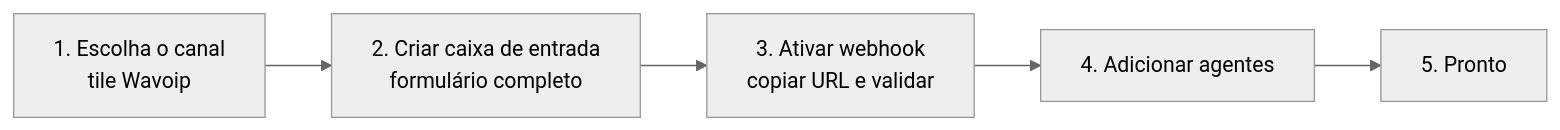
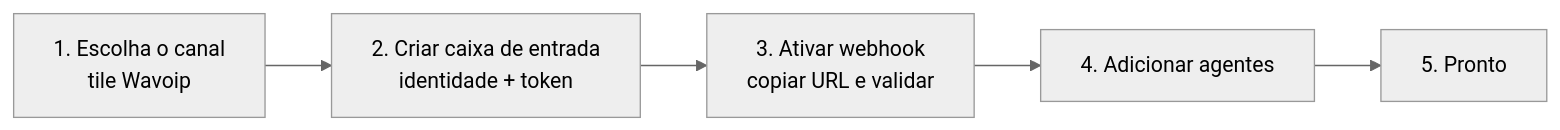
Before and after one commit to cesar-carlos/chatwoot: the diagram in doc/feature/whatsapp-voice/wavoip-provider/inbox-setup.md, drawn with Mermaid (neutral theme). The commit also changed other lines of this file and 6 other files, not shown here.

````diff
--- a/doc/feature/whatsapp-voice/wavoip-provider/inbox-setup.md
+++ b/doc/feature/whatsapp-voice/wavoip-provider/inbox-setup.md
@@ -15,10 +15,10 @@
 ```mermaid
 flowchart LR
   S1["1. Escolha o canal<br/>tile Wavoip"]
-  S2["2. Criar caixa de entrada<br/>formulário completo"]
+  S2["2. Criar caixa de entrada<br/>identidade + token"]
   S3["3. Ativar webhook<br/>copiar URL e validar"]
   S4["4. Adicionar agentes"]
   S5["5. Pronto"]
 
   S1 --> S2 --> S3 --> S4 --> S5
 ```
````
